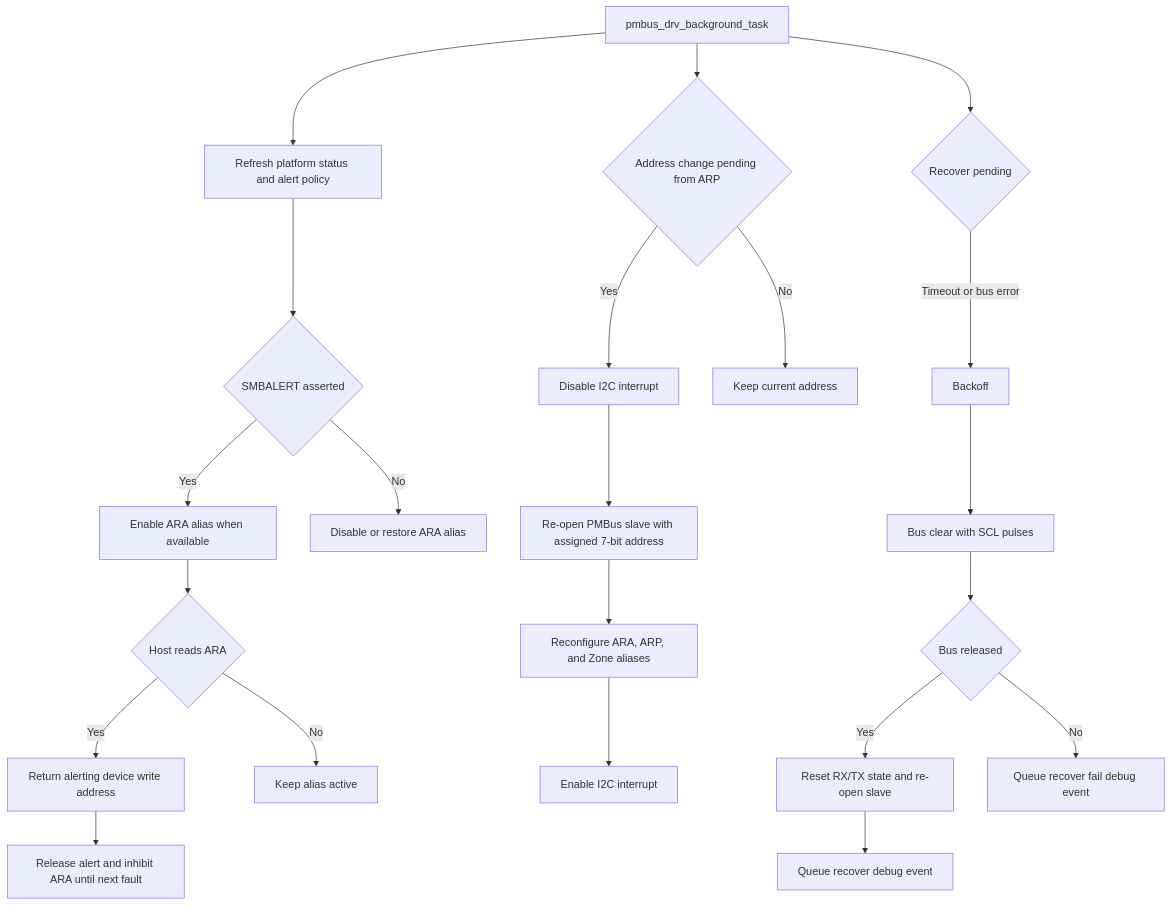
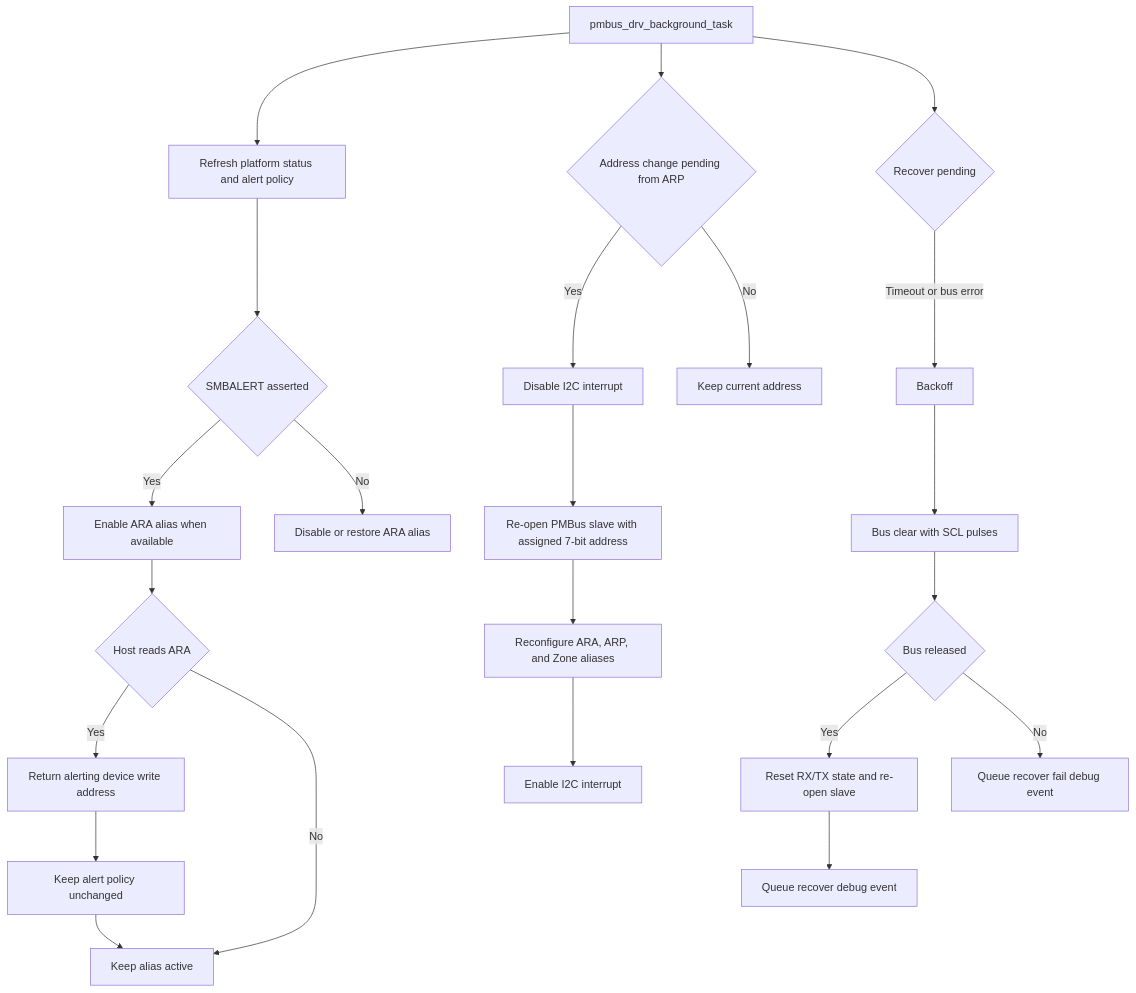
One commit to released/M031BSP_I2C_Slave_PMBus changed the third of 3 diagrams in README.md. Above: the diagram before and after it, drawn with Mermaid. The commit also changed other lines of this file and 9 other files, not shown here.

````diff
--- a/README.md
+++ b/README.md
@@ -611,26 +633,27 @@
 ```mermaid
 flowchart TD
     A[pmbus_drv_background_task] --> B[Refresh platform status and alert policy]
     B --> C{SMBALERT asserted}
     C -->|Yes| D[Enable ARA alias when available]
     C -->|No| E[Disable or restore ARA alias]
     D --> F{Host reads ARA}
     F -->|Yes| G[Return alerting device write address]
-    G --> H[Release alert and inhibit ARA until next fault]
+    G --> H[Keep alert policy unchanged]
+    H --> I
     F -->|No| I[Keep alias active]
 
     A --> J{Address change pending from ARP}
     J -->|Yes| K[Disable I2C interrupt]
     K --> L[Re-open PMBus slave with assigned 7-bit address]
     L --> M[Reconfigure ARA, ARP, and Zone aliases]
     M --> N[Enable I2C interrupt]
     J -->|No| O[Keep current address]
 
     A --> P{Recover pending}
     P -->|Timeout or bus error| Q[Backoff]
     Q --> R[Bus clear with SCL pulses]
     R --> S{Bus released}
     S -->|Yes| T[Reset RX/TX state and re-open slave]
     S -->|No| U[Queue recover fail debug event]
     T --> V[Queue recover debug event]
 ```
````
